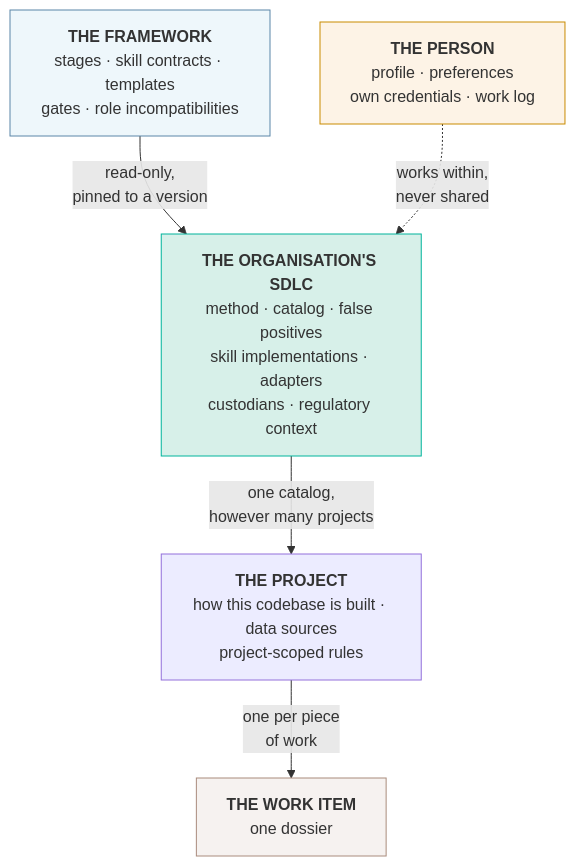
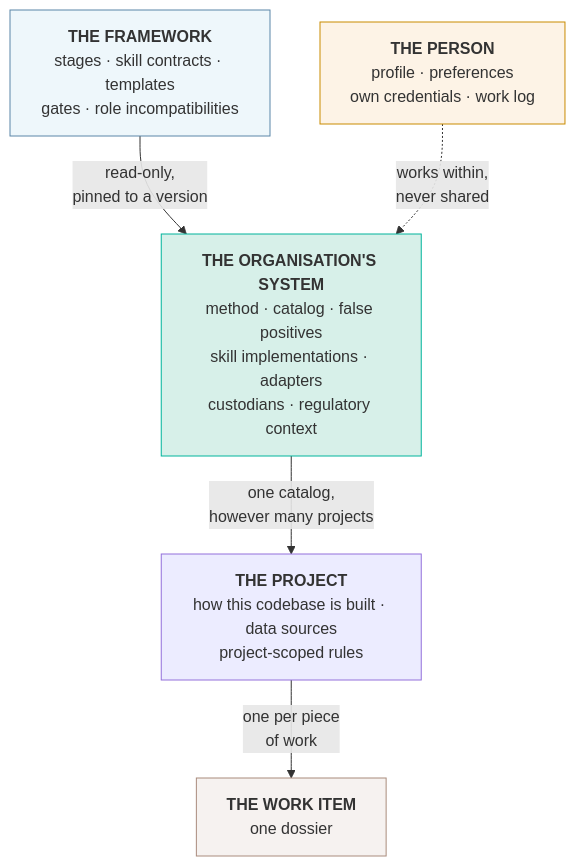
The seventh of 10 diagrams in GATE.md (javierdres/gate-framework), drawn with Mermaid before and after one commit. The commit also changed other lines of this file and 56 other files, not shown here.

First line of the commit message:
GATE no longer calls the organisation's system "the SDLC"

````diff
--- a/GATE.md
+++ b/GATE.md
@@ -647,18 +649,18 @@
 ```mermaid
 flowchart TD
     F["<b>THE FRAMEWORK</b><br/>stages · skill contracts · templates<br/>gates · role incompatibilities"]
-    O["<b>THE ORGANISATION'S SDLC</b><br/>method · catalog · false positives<br/>skill implementations · adapters<br/>custodians · regulatory context"]
+    O["<b>THE ORGANISATION'S SYSTEM</b><br/>method · catalog · false positives<br/>skill implementations · adapters<br/>custodians · regulatory context"]
     P["<b>THE PROJECT</b><br/>how this codebase is built · data sources<br/>project-scoped rules"]
     W["<b>THE WORK ITEM</b><br/>one dossier"]
     H["<b>THE PERSON</b><br/>profile · preferences<br/>own credentials · work log"]
 
     F -->|"read-only,<br/>pinned to a version"| O
     O -->|"one catalog,<br/>however many projects"| P
     P -->|"one per piece<br/>of work"| W
     H -.->|"works within,<br/>never shared"| O
 
     style F fill:#eef7fb,stroke:#5a86a8
     style O fill:#d7f0e9,stroke:#00b49c
     style W fill:#f6f2f0,stroke:#a98b7d
     style H fill:#fdf3e6,stroke:#c98b00
 ```
````
